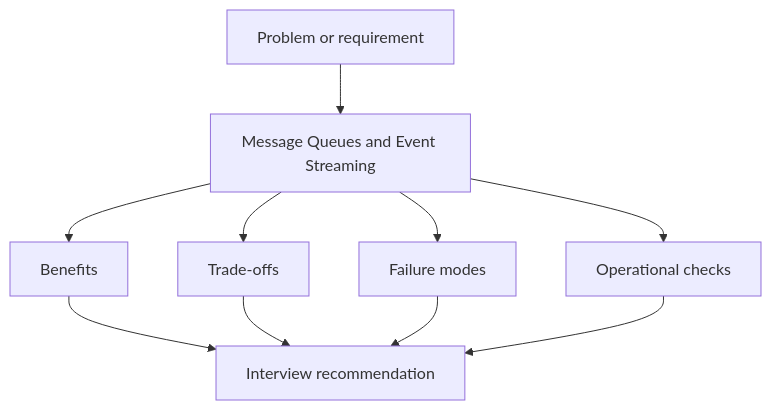
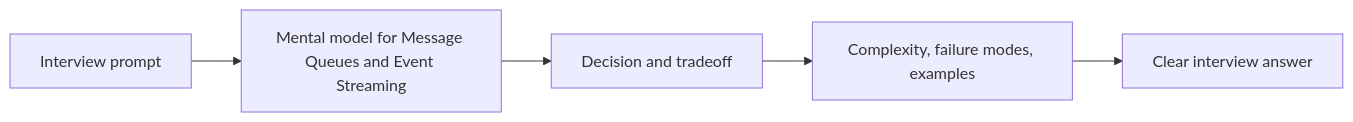
Before and after one commit to abstractinterviews/abstractinterviews.github.io: the second of 2 diagrams in components/message-queues/index.md, drawn with Mermaid. The commit also changed other lines of this file and 278 other files, not shown here.

````diff
--- a/components/message-queues/index.md
+++ b/components/message-queues/index.md
@@ -152,12 +171,7 @@
-~~~mermaid
-flowchart TD
-    Problem["Problem or requirement"] --> Concept["Message Queues and Event Streaming"]
-    Concept --> Benefits["Benefits"]
-    Concept --> Tradeoffs["Trade-offs"]
-    Concept --> FailureModes["Failure modes"]
-    Concept --> Operations["Operational checks"]
-    Benefits --> Decision["Interview recommendation"]
-    Tradeoffs --> Decision
-    FailureModes --> Decision
-    Operations --> Decision
-~~~
+```mermaid
+flowchart LR
+    Problem["Interview prompt"] --> Model["Mental model for Message Queues and Event Streaming"]
+    Model --> Choice["Decision and tradeoff"]
+    Choice --> Evidence["Complexity, failure modes, examples"]
+    Evidence --> Answer["Clear interview answer"]
+```
````
